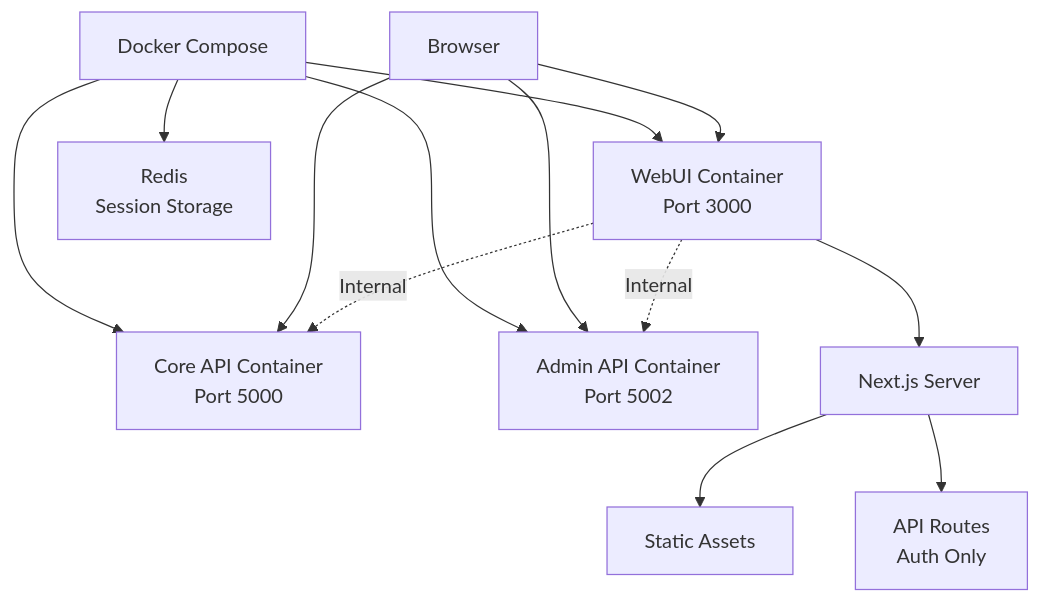
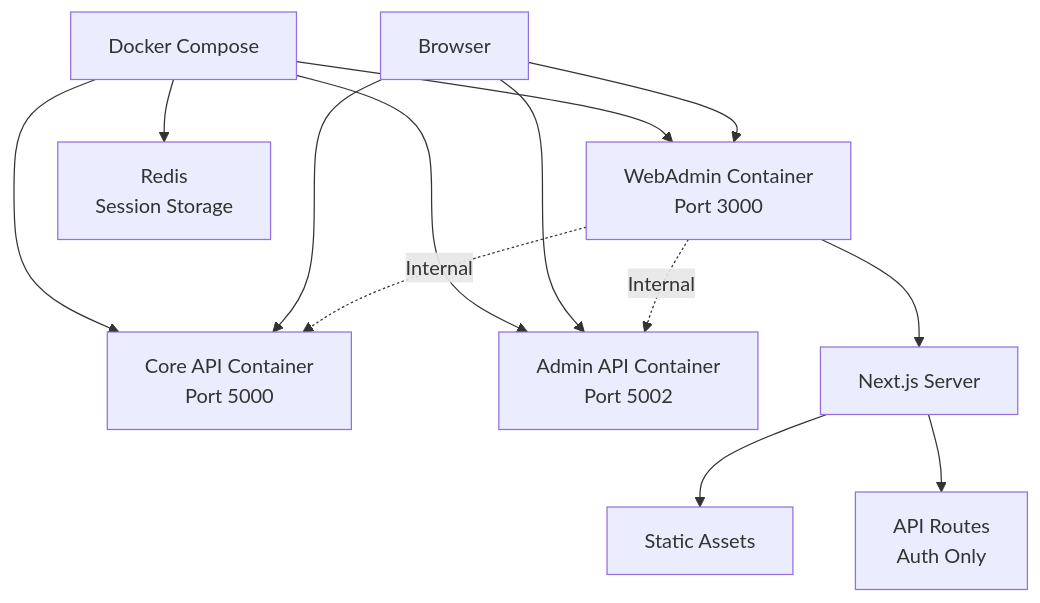
The seventh of 7 diagrams in WebAdmin/docs/ARCHITECTURE.md (knnlabs/Conduit), drawn with Mermaid before and after one commit. The commit also changed other lines of this file and 111 other files, not shown here.

First line of the commit message:
refactor: rename WebUI to WebAdmin across the codebase

````diff
--- a/WebAdmin/docs/ARCHITECTURE.md
+++ b/WebAdmin/docs/ARCHITECTURE.md
@@ -160,18 +160,18 @@
 ```mermaid
 graph TB
-    A[Docker Compose] --> B[WebUI Container<br/>Port 3000]
+    A[Docker Compose] --> B[WebAdmin Container<br/>Port 3000]
     A --> C[Core API Container<br/>Port 5000]
     A --> D[Admin API Container<br/>Port 5002]
     A --> E[Redis<br/>Session Storage]
     
     B --> F[Next.js Server]
     F --> G[Static Assets]
     F --> H[API Routes<br/>Auth Only]
     
     I[Browser] --> B
     I --> C
     I --> D
     
     B -.->|Internal| C
     B -.->|Internal| D
 ```
````
